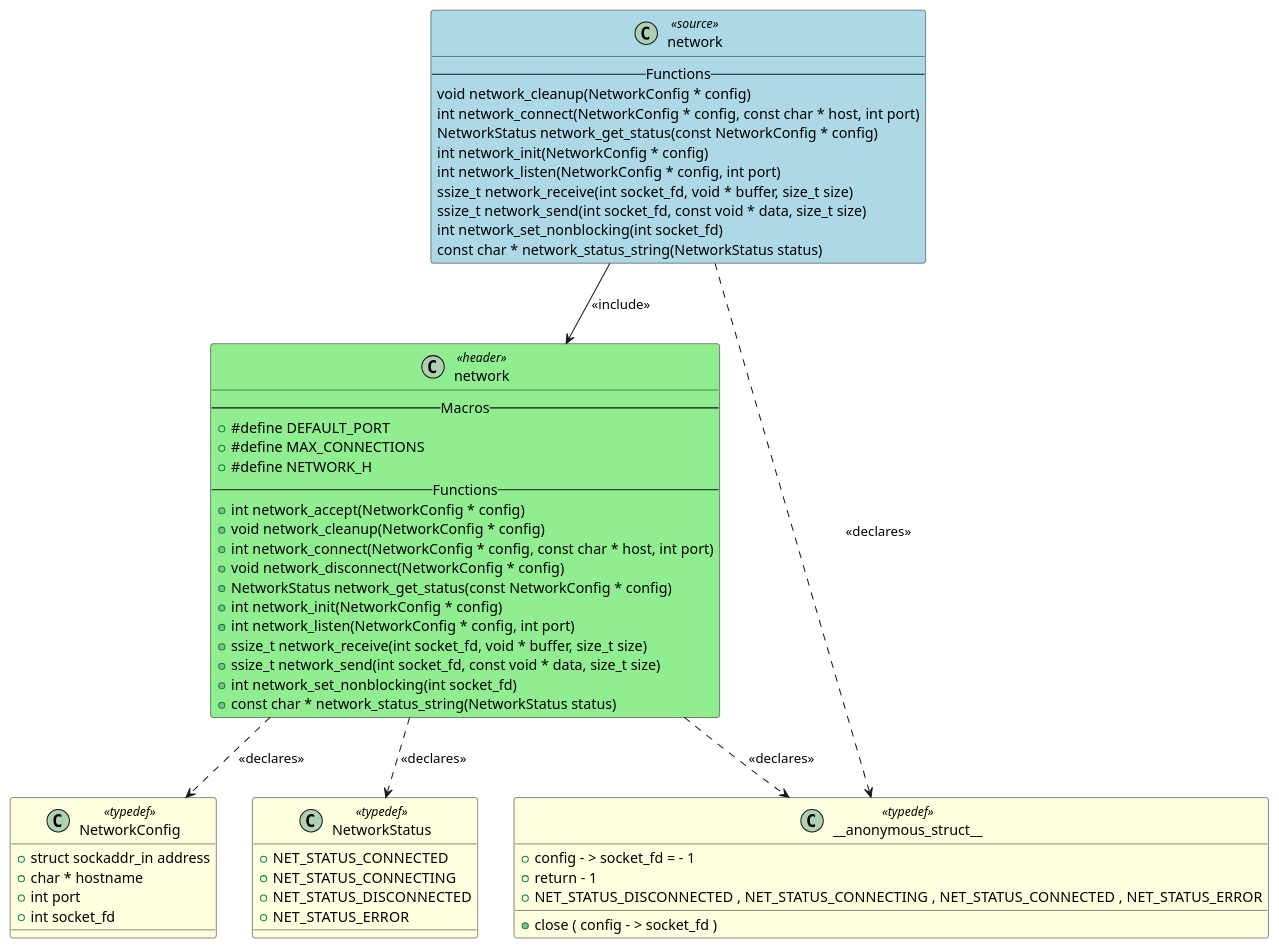
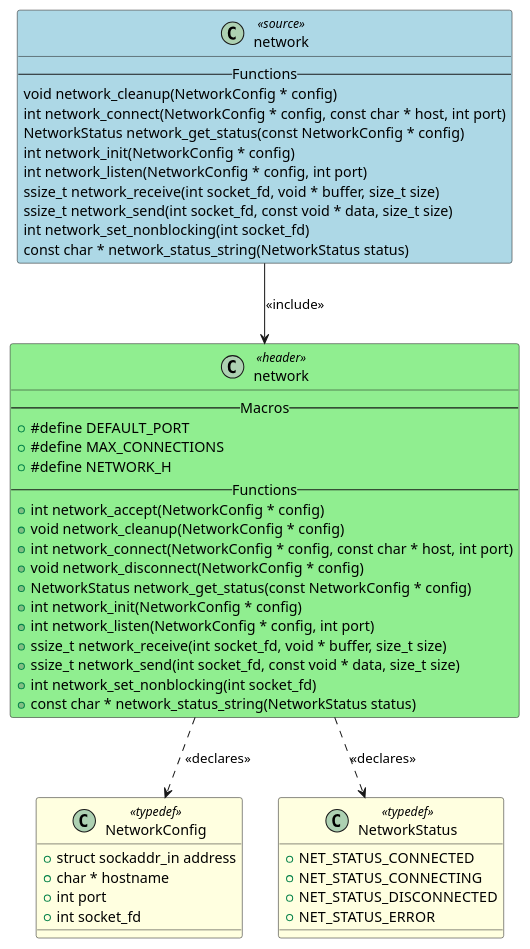
One commit to fischerjooo/c2puml changed the diagram in artifacts/output_example/network.puml. Above: the diagram before and after it, drawn with PlantUML. The commit also changed 3 other files, not shown here.

Commit message:
Remove anonymous struct references from network-related files

```diff
--- a/artifacts/output_example/network.puml
+++ b/artifacts/output_example/network.puml
@@ -1,77 +1,63 @@
 @startuml network
 
 class "network" as NETWORK <<source>> #LightBlue
 {
     -- Functions --
     void network_cleanup(NetworkConfig * config)
     int network_connect(NetworkConfig * config, const char * host, int port)
     NetworkStatus network_get_status(const NetworkConfig * config)
     int network_init(NetworkConfig * config)
     int network_listen(NetworkConfig * config, int port)
     ssize_t network_receive(int socket_fd, void * buffer, size_t size)
     ssize_t network_send(int socket_fd, const void * data, size_t size)
     int network_set_nonblocking(int socket_fd)
     const char * network_status_string(NetworkStatus status)
 }
 
 class "network" as HEADER_NETWORK <<header>> #LightGreen
 {
     -- Macros --
     + #define DEFAULT_PORT
     + #define MAX_CONNECTIONS
     + #define NETWORK_H
     -- Functions --
     + int network_accept(NetworkConfig * config)
     + void network_cleanup(NetworkConfig * config)
     + int network_connect(NetworkConfig * config, const char * host, int port)
     + void network_disconnect(NetworkConfig * config)
     + NetworkStatus network_get_status(const NetworkConfig * config)
     + int network_init(NetworkConfig * config)
     + int network_listen(NetworkConfig * config, int port)
     + ssize_t network_receive(int socket_fd, void * buffer, size_t size)
     + ssize_t network_send(int socket_fd, const void * data, size_t size)
     + int network_set_nonblocking(int socket_fd)
     + const char * network_status_string(NetworkStatus status)
 }
 
-class "__anonymous_struct__" as TYPEDEF___ANONYMOUS_STRUCT__ <<typedef>> #LightYellow
-{
-    + close ( config - > socket_fd )
-    + config - > socket_fd = - 1
-    + return - 1
-}
-
 class "NetworkConfig" as TYPEDEF_NETWORKCONFIG <<typedef>> #LightYellow
 {
     + struct sockaddr_in address
     + char * hostname
     + int port
     + int socket_fd
-}
-
-class "__anonymous_struct__" as TYPEDEF___ANONYMOUS_STRUCT__ <<typedef>> #LightYellow
-{
-    + NET_STATUS_DISCONNECTED , NET_STATUS_CONNECTING , NET_STATUS_CONNECTED , NET_STATUS_ERROR
 }
 
 class "NetworkStatus" as TYPEDEF_NETWORKSTATUS <<typedef>> #LightYellow
 {
     + NET_STATUS_CONNECTED
     + NET_STATUS_CONNECTING
     + NET_STATUS_DISCONNECTED
     + NET_STATUS_ERROR
 }
 
 
 ' Include relationships
 NETWORK --> HEADER_NETWORK : <<include>>
 
 ' Declaration relationships
-NETWORK ..> TYPEDEF___ANONYMOUS_STRUCT__ : <<declares>>
 HEADER_NETWORK ..> TYPEDEF_NETWORKCONFIG : <<declares>>
-HEADER_NETWORK ..> TYPEDEF___ANONYMOUS_STRUCT__ : <<declares>>
 HEADER_NETWORK ..> TYPEDEF_NETWORKSTATUS : <<declares>>
 
 ' Uses relationships
 
 @enduml
```
